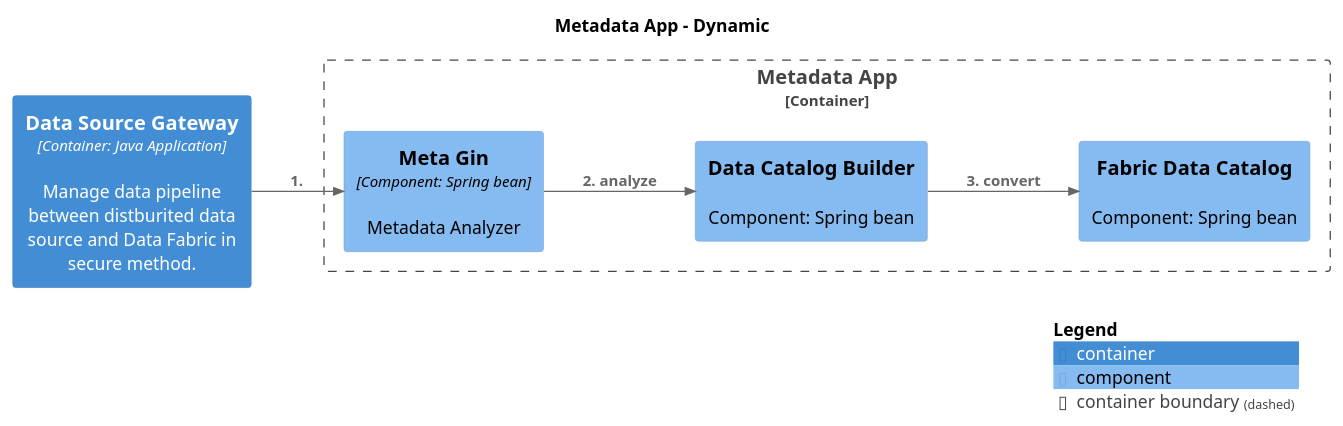
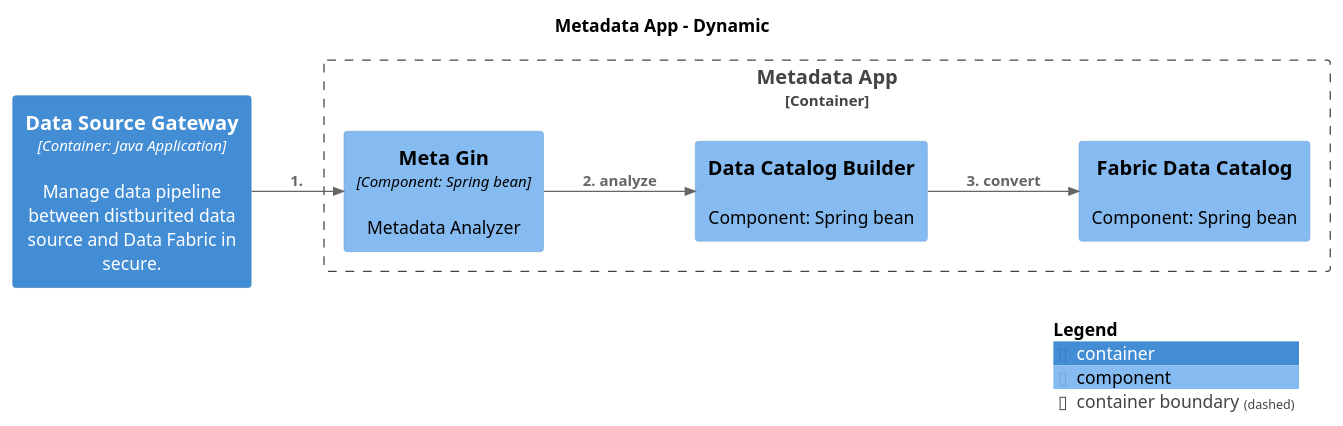
The diagram in puml/WorkflowBuildingFabricDataCatalog-WorkflowBuildingFabricDataCatalog.puml (IntellectusCorp/data-fabric-docs), drawn with PlantUML before and after one commit. The commit also changed 79 other files, not shown here.

Commit message:
Deploying to gh-pages from @ IntellectusCorp/data-fabric-docs@6b20353541501908b53f441d7acd5391b726523c 🚀

```diff
--- a/puml/WorkflowBuildingFabricDataCatalog-WorkflowBuildingFabricDataCatalog.puml
+++ b/puml/WorkflowBuildingFabricDataCatalog-WorkflowBuildingFabricDataCatalog.puml
@@ -1,27 +1,27 @@
 @startuml
 set separator none
 title Metadata App - Dynamic
 
 left to right direction
 
 !include <C4/C4>
 !include <C4/C4_Context>
 !include <C4/C4_Container>
 !include <C4/C4_Component>
 
 skinparam svgDimensionStyle false
 skinparam preserveAspectRatio meet
 Container_Boundary("DataFabric.MetadataApp_boundary", "Metadata App", $tags="") {
   Component(DataFabric.MetadataApp.MetaGin, "Meta Gin", $techn="Component: Spring bean", $descr="Metadata Analyzer", $tags="", $link="")
   Component(DataFabric.MetadataApp.DataCatalogBuilder, "Data Catalog Builder", $techn="", $descr="Component: Spring bean", $tags="", $link="")
   Component(DataFabric.MetadataApp.FabricDataCatalog, "Fabric Data Catalog", $techn="", $descr="Component: Spring bean", $tags="", $link="")
 }
 
-Container(DataFabric.DataSourceGateway, "Data Source Gateway", $techn="Container: Java Application", $descr="Manage data pipeline between distburited data source and Data Fabric in secure method.", $tags="", $link="")
+Container(DataFabric.DataSourceGateway, "Data Source Gateway", $techn="Container: Java Application", $descr="Manage data pipeline between distburited data source and Data Fabric in secure.", $tags="", $link="")
 
 Rel_D(DataFabric.DataSourceGateway, DataFabric.MetadataApp.MetaGin, "1. ", $techn="", $tags="", $link="")
 Rel_D(DataFabric.MetadataApp.MetaGin, DataFabric.MetadataApp.DataCatalogBuilder, "2. analyze", $techn="", $tags="", $link="")
 Rel_D(DataFabric.MetadataApp.DataCatalogBuilder, DataFabric.MetadataApp.FabricDataCatalog, "3. convert", $techn="", $tags="", $link="")
 
 SHOW_LEGEND(true)
 @enduml
```
